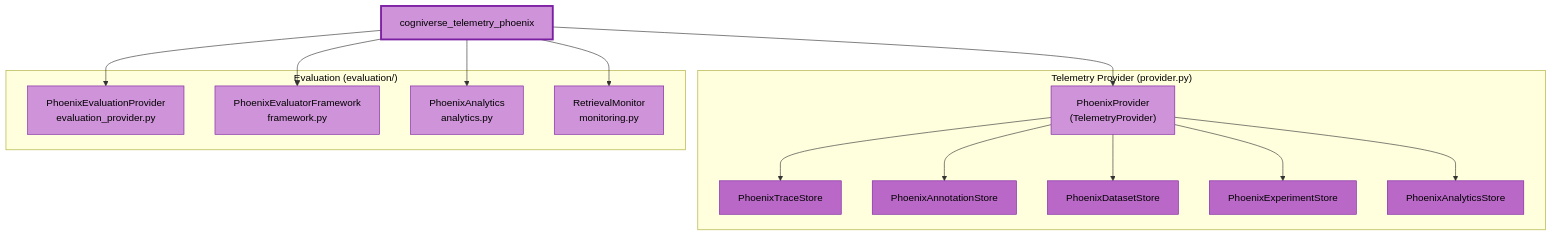
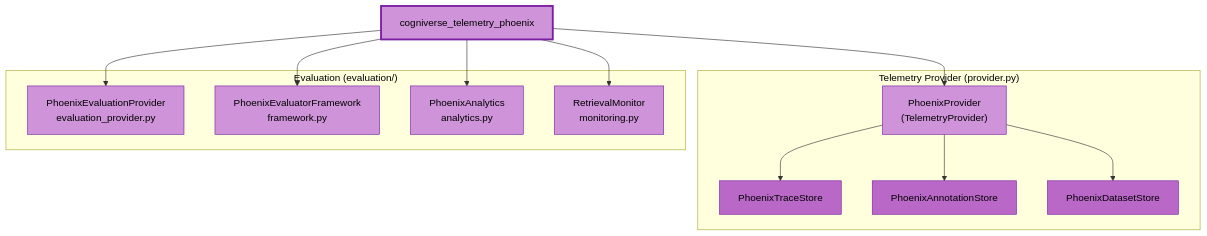
Before and after one commit to amit-jain/cogniverse: the seventh of 27 diagrams in docs/diagrams/sdk-architecture-diagrams.md, drawn with Mermaid. The commit also changed 15 other files, not shown here.

Commit message:
Remove ExperimentStore and AnalyticsStore from TelemetryProvider

````diff
--- a/docs/diagrams/sdk-architecture-diagrams.md
+++ b/docs/diagrams/sdk-architecture-diagrams.md
@@ -393,43 +393,37 @@
 ```mermaid
 flowchart TB
     PhoenixPkg["<span style='color:#000'>cogniverse_telemetry_phoenix</span>"]
 
     subgraph PhoenixProviderSubg["<span style='color:#000'>Telemetry Provider (provider.py)</span>"]
         PhoenixProviderCls["<span style='color:#000'>PhoenixProvider<br/>(TelemetryProvider)</span>"]
         PhoenixTraceStore["<span style='color:#000'>PhoenixTraceStore</span>"]
         PhoenixAnnotationStore["<span style='color:#000'>PhoenixAnnotationStore</span>"]
         PhoenixDatasetStore["<span style='color:#000'>PhoenixDatasetStore</span>"]
-        PhoenixExperimentStore["<span style='color:#000'>PhoenixExperimentStore</span>"]
-        PhoenixAnalyticsStore["<span style='color:#000'>PhoenixAnalyticsStore</span>"]
     end
 
     subgraph PhoenixEvalSubg["<span style='color:#000'>Evaluation (evaluation/)</span>"]
         PhoenixEvaluationProvider["<span style='color:#000'>PhoenixEvaluationProvider<br/>evaluation_provider.py</span>"]
         PhoenixEvaluatorFramework["<span style='color:#000'>PhoenixEvaluatorFramework<br/>framework.py</span>"]
         PhoenixAnalytics["<span style='color:#000'>PhoenixAnalytics<br/>analytics.py</span>"]
         RetrievalMonitor["<span style='color:#000'>RetrievalMonitor<br/>monitoring.py</span>"]
     end
 
     PhoenixPkg --> PhoenixProviderCls
     PhoenixProviderCls --> PhoenixTraceStore
     PhoenixProviderCls --> PhoenixAnnotationStore
     PhoenixProviderCls --> PhoenixDatasetStore
-    PhoenixProviderCls --> PhoenixExperimentStore
-    PhoenixProviderCls --> PhoenixAnalyticsStore
     PhoenixPkg --> PhoenixEvaluationProvider
     PhoenixPkg --> PhoenixEvaluatorFramework
     PhoenixPkg --> PhoenixAnalytics
     PhoenixPkg --> RetrievalMonitor
 
     style PhoenixPkg fill:#ce93d8,stroke:#7b1fa2,stroke-width:3px,color:#000
     style PhoenixProviderCls fill:#ce93d8,stroke:#7b1fa2,color:#000
     style PhoenixTraceStore fill:#ba68c8,stroke:#7b1fa2,color:#000
     style PhoenixAnnotationStore fill:#ba68c8,stroke:#7b1fa2,color:#000
     style PhoenixDatasetStore fill:#ba68c8,stroke:#7b1fa2,color:#000
-    style PhoenixExperimentStore fill:#ba68c8,stroke:#7b1fa2,color:#000
-    style PhoenixAnalyticsStore fill:#ba68c8,stroke:#7b1fa2,color:#000
     style PhoenixEvaluationProvider fill:#ce93d8,stroke:#7b1fa2,color:#000
     style PhoenixEvaluatorFramework fill:#ce93d8,stroke:#7b1fa2,color:#000
     style PhoenixAnalytics fill:#ce93d8,stroke:#7b1fa2,color:#000
     style RetrievalMonitor fill:#ce93d8,stroke:#7b1fa2,color:#000
 ```
````
